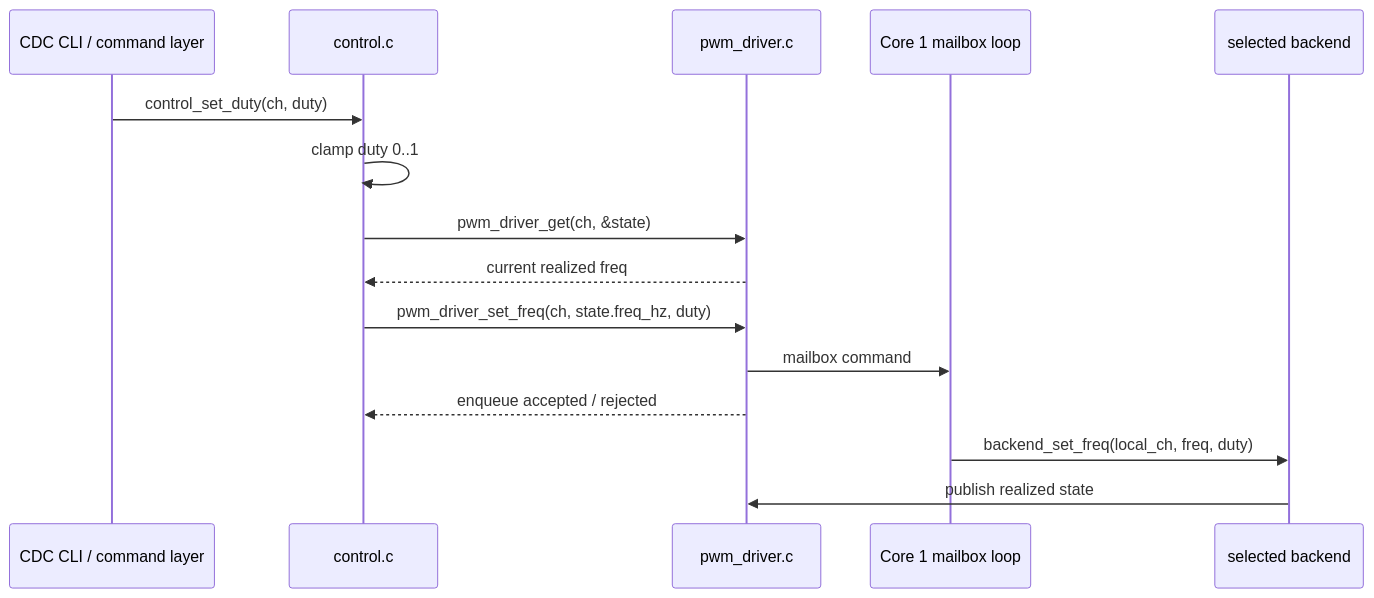
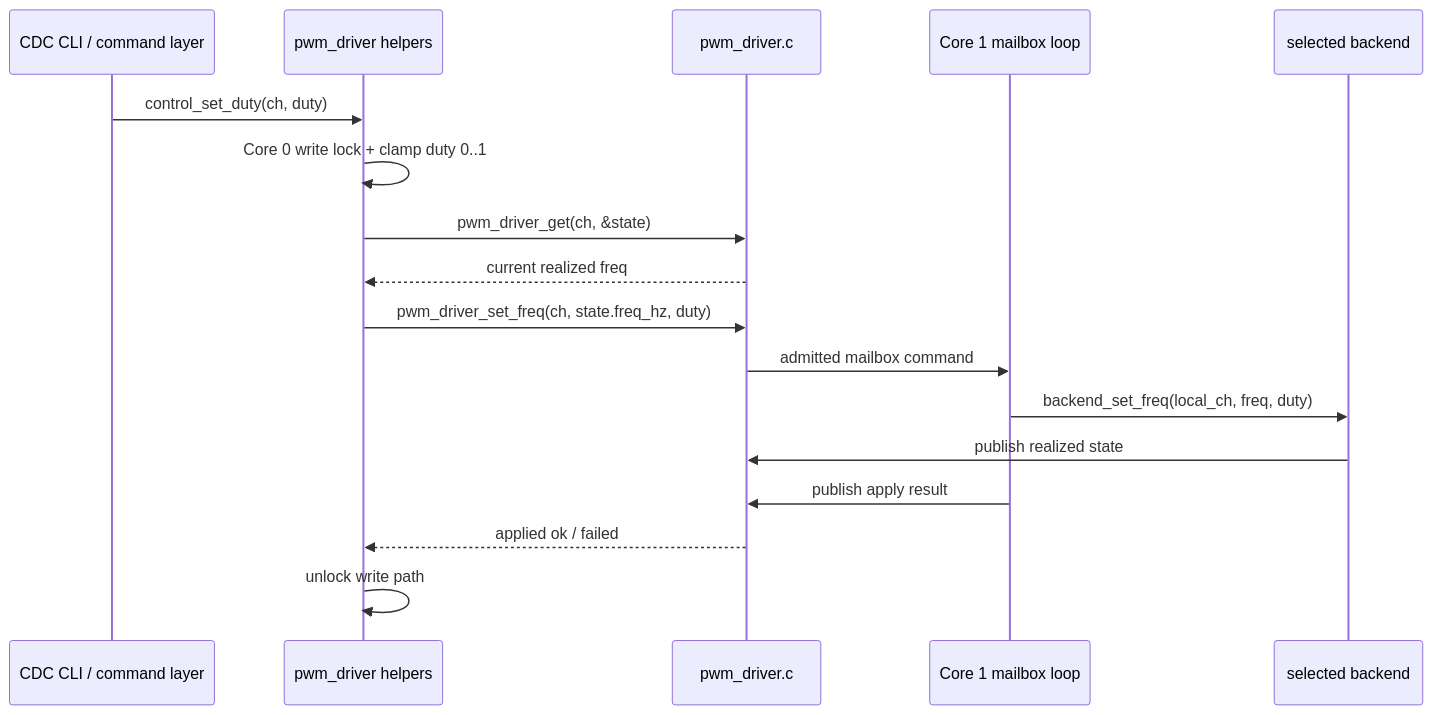
One commit to djwinter29-oss/PicoPWM changed the fifth of 6 diagrams in docs/detail/pwm_driver_design.md. Above: the diagram before and after it, drawn with Mermaid. The commit also changed other lines of this file and 12 other files, not shown here.

Commit message:
update on pwm driver

````diff
--- a/docs/detail/pwm_driver_design.md
+++ b/docs/detail/pwm_driver_design.md
@@ -278,18 +291,20 @@
 ```mermaid
 sequenceDiagram
     participant CLI as CDC CLI / command layer
-    participant CTL as control.c
+    participant CTL as pwm_driver helpers
     participant WR as pwm_driver.c
     participant C1 as Core 1 mailbox loop
     participant BE as selected backend
 
     CLI->>CTL: control_set_duty(ch, duty)
-    CTL->>CTL: clamp duty 0..1
+    CTL->>CTL: Core 0 write lock + clamp duty 0..1
     CTL->>WR: pwm_driver_get(ch, &state)
     WR-->>CTL: current realized freq
     CTL->>WR: pwm_driver_set_freq(ch, state.freq_hz, duty)
-    WR->>C1: mailbox command
-    WR-->>CTL: enqueue accepted / rejected
+    WR->>C1: admitted mailbox command
     C1->>BE: backend_set_freq(local_ch, freq, duty)
     BE->>WR: publish realized state
+    C1->>WR: publish apply result
+    WR-->>CTL: applied ok / failed
+    CTL->>CTL: unlock write path
 ```
````
